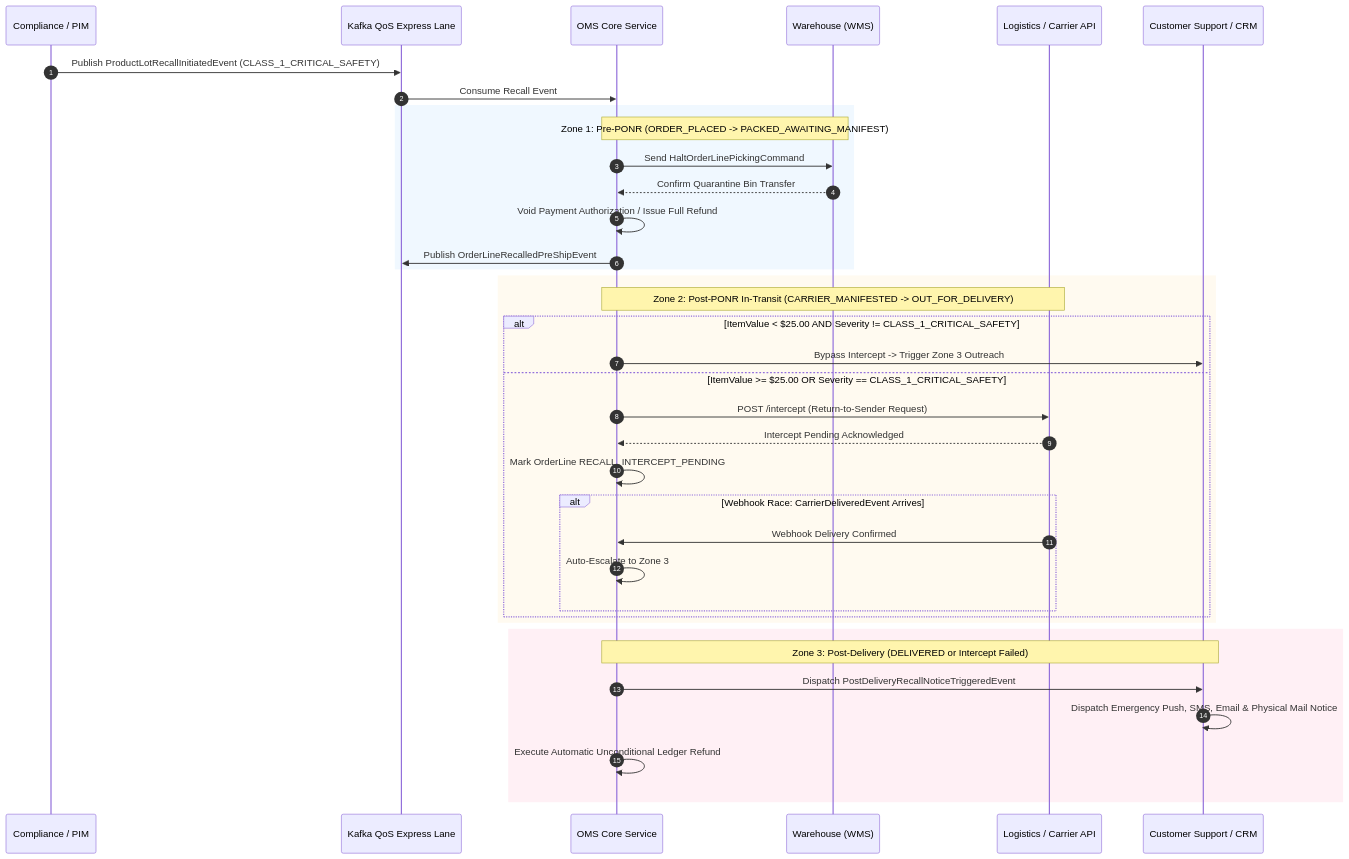
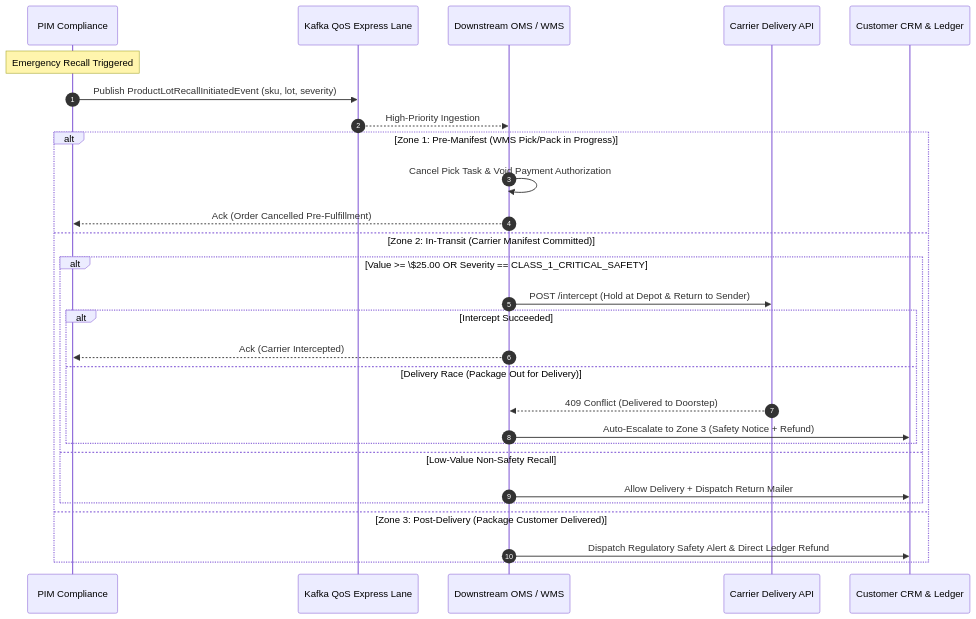
One commit to Janus-Aurelius/DDD-AiAgentFriendly-Capstone2 changed the fourth of 5 diagrams in design_draft.md. Above: the diagram before and after it, drawn with Mermaid. The commit also changed other lines of this file and 8 other files, not shown here.

Commit message:
docs: add comprehensive architecture review, critique, and readiness reports for PIM lifecycle state machine

````diff
--- a/design_draft.md
+++ b/design_draft.md
@@ -295,43 +347,32 @@
 ```mermaid
 sequenceDiagram
     autonumber
-    participant COMP as Compliance / PIM
-    participant KAFKA as Kafka QoS Express Lane
-    participant OMS as OMS Core Service
-    participant WMS as Warehouse (WMS)
-    participant CARRIER as Logistics / Carrier API
-    participant CRM as Customer Support / CRM
+    participant PIM as PIM Compliance
+    participant Kafka as Kafka QoS Express Lane
+    participant OMS as Downstream OMS / WMS
+    participant Carrier as Carrier Delivery API
+    participant Customer as Customer CRM & Ledger
 
-    COMP->>KAFKA: Publish ProductLotRecallInitiatedEvent (CLASS_1_CRITICAL_SAFETY)
-    KAFKA->>OMS: Consume Recall Event
-    
-    rect rgb(240, 248, 255)
-        Note over OMS,WMS: Zone 1: Pre-PONR (ORDER_PLACED -> PACKED_AWAITING_MANIFEST)
-        OMS->>WMS: Send HaltOrderLinePickingCommand
-        WMS-->>OMS: Confirm Quarantine Bin Transfer
-        OMS->>OMS: Void Payment Authorization / Issue Full Refund
-        OMS->>KAFKA: Publish OrderLineRecalledPreShipEvent
-    end
+    Note over PIM: Emergency Recall Triggered
+    PIM->>Kafka: Publish ProductLotRecallInitiatedEvent (sku, lot, severity)
+    Kafka-->>OMS: High-Priority Ingestion
 
-    rect rgb(255, 250, 240)
-        Note over OMS,CARRIER: Zone 2: Post-PONR In-Transit (CARRIER_MANIFESTED -> OUT_FOR_DELIVERY)
-        alt ItemValue < $25.00 AND Severity != CLASS_1_CRITICAL_SAFETY
-            OMS->>CRM: Bypass Intercept -> Trigger Zone 3 Outreach
-        else ItemValue >= $25.00 OR Severity == CLASS_1_CRITICAL_SAFETY
-            OMS->>CARRIER: POST /intercept (Return-to-Sender Request)
-            CARRIER-->>OMS: Intercept Pending Acknowledged
-            OMS->>OMS: Mark OrderLine RECALL_INTERCEPT_PENDING
-            alt Webhook Race: CarrierDeliveredEvent Arrives
-                CARRIER->>OMS: Webhook Delivery Confirmed
-                OMS->>OMS: Auto-Escalate to Zone 3
+    alt Zone 1: Pre-Manifest (WMS Pick/Pack in Progress)
+        OMS->>OMS: Cancel Pick Task & Void Payment Authorization
+        OMS-->>PIM: Ack (Order Cancelled Pre-Fulfillment)
+    else Zone 2: In-Transit (Carrier Manifest Committed)
+        alt Value >= \$25.00 OR Severity == CLASS_1_CRITICAL_SAFETY
+            OMS->>Carrier: POST /intercept (Hold at Depot & Return to Sender)
+            alt Intercept Succeeded
+                OMS-->>PIM: Ack (Carrier Intercepted)
+            else Delivery Race (Package Out for Delivery)
+                Carrier-->>OMS: 409 Conflict (Delivered to Doorstep)
+                OMS->>Customer: Auto-Escalate to Zone 3 (Safety Notice + Refund)
             end
+        else Low-Value Non-Safety Recall
+            OMS->>Customer: Allow Delivery + Dispatch Return Mailer
         end
-    end
-
-    rect rgb(255, 240, 245)
-        Note over OMS,CRM: Zone 3: Post-Delivery (DELIVERED or Intercept Failed)
-        OMS->>CRM: Dispatch PostDeliveryRecallNoticeTriggeredEvent
-        CRM->>CRM: Dispatch Emergency Push, SMS, Email & Physical Mail Notice
-        OMS->>OMS: Execute Automatic Unconditional Ledger Refund
+    else Zone 3: Post-Delivery (Package Customer Delivered)
+        OMS->>Customer: Dispatch Regulatory Safety Alert & Direct Ledger Refund
     end
 ```
````
